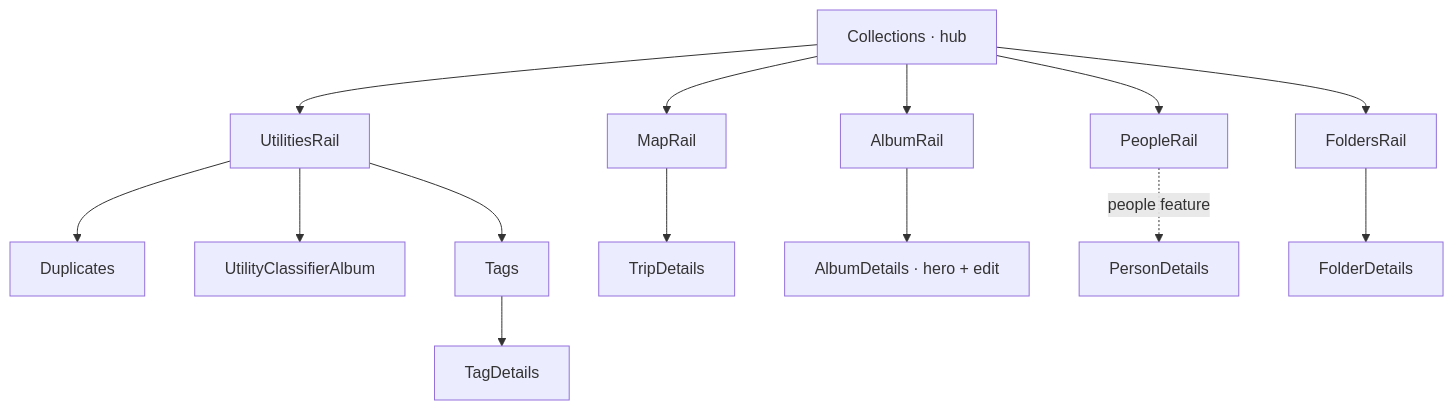
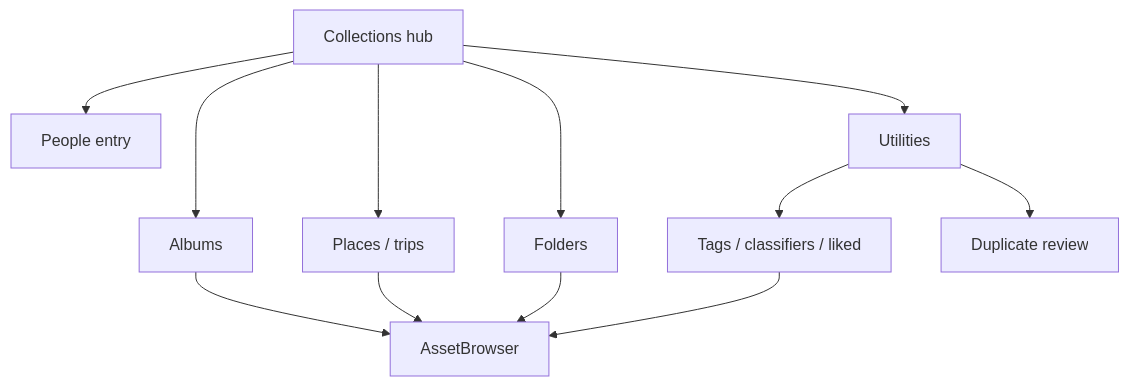
The diagram in web/src/features/collections/doc.md (EdwinZhanCN/Lumilio-Photos), drawn with Mermaid before and after one commit. The commit also changed other lines of this file and 74 other files, not shown here.

````diff
--- a/web/src/features/collections/doc.md
+++ b/web/src/features/collections/doc.md
@@ -67,11 +25,14 @@
 ```mermaid
 flowchart TD
-    HUB["Collections · hub"]
-    HUB --> UR["UtilitiesRail"] --> DUP["Duplicates"]
-    UR --> UCA["UtilityClassifierAlbum"]
-    UR --> TGS["Tags"] --> TD2["TagDetails"]
-    HUB --> MR["MapRail"] --> TD["TripDetails"]
-    HUB --> AR["AlbumRail"] --> AD["AlbumDetails · hero + edit"]
-    HUB --> PR["PeopleRail"] -.->|people feature| PERSON["PersonDetails"]
-    HUB --> FR["FoldersRail"] --> FD["FolderDetails"]
+    HUB["Collections hub"] --> ALBUMS["Albums"]
+    HUB --> PLACES["Places / trips"]
+    HUB --> PEOPLE["People entry"]
+    HUB --> FOLDERS["Folders"]
+    HUB --> UTILITIES["Utilities"]
+    UTILITIES --> TAGS["Tags / classifiers / liked"]
+    UTILITIES --> DUPLICATES["Duplicate review"]
+    ALBUMS --> BROWSER["AssetBrowser"]
+    PLACES --> BROWSER
+    FOLDERS --> BROWSER
+    TAGS --> BROWSER
 ```
````
